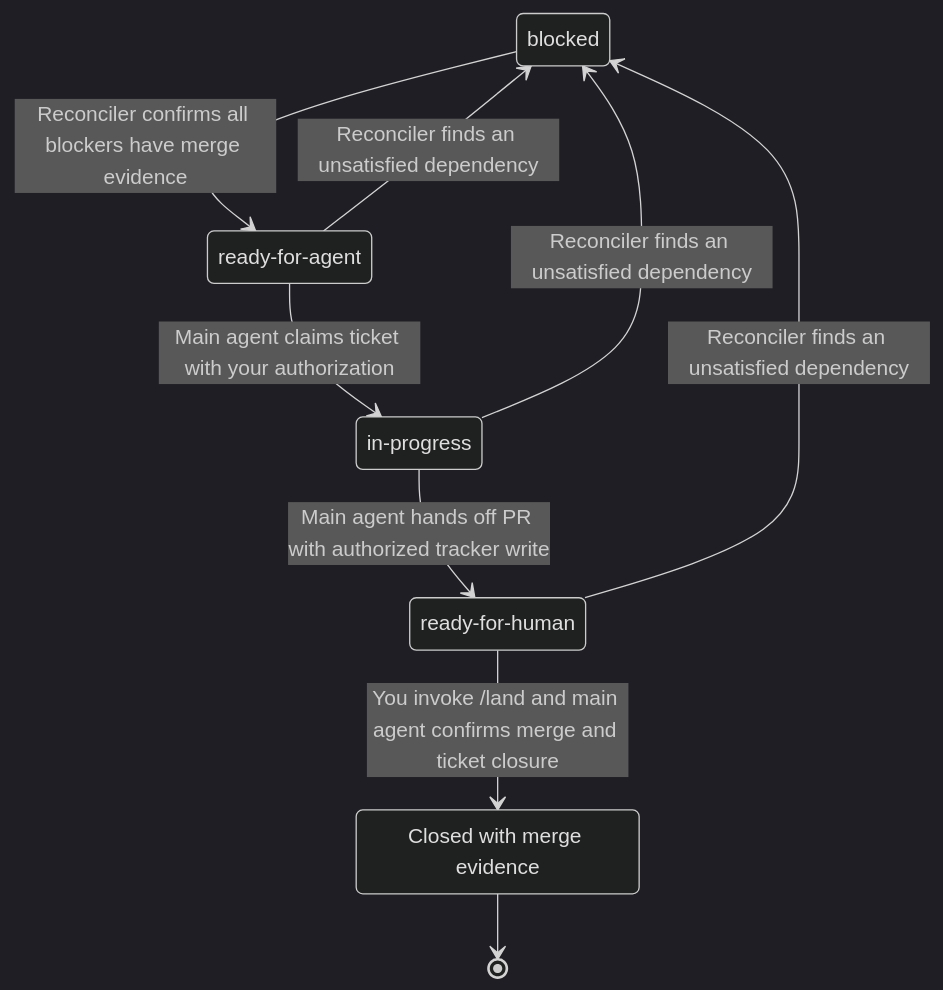
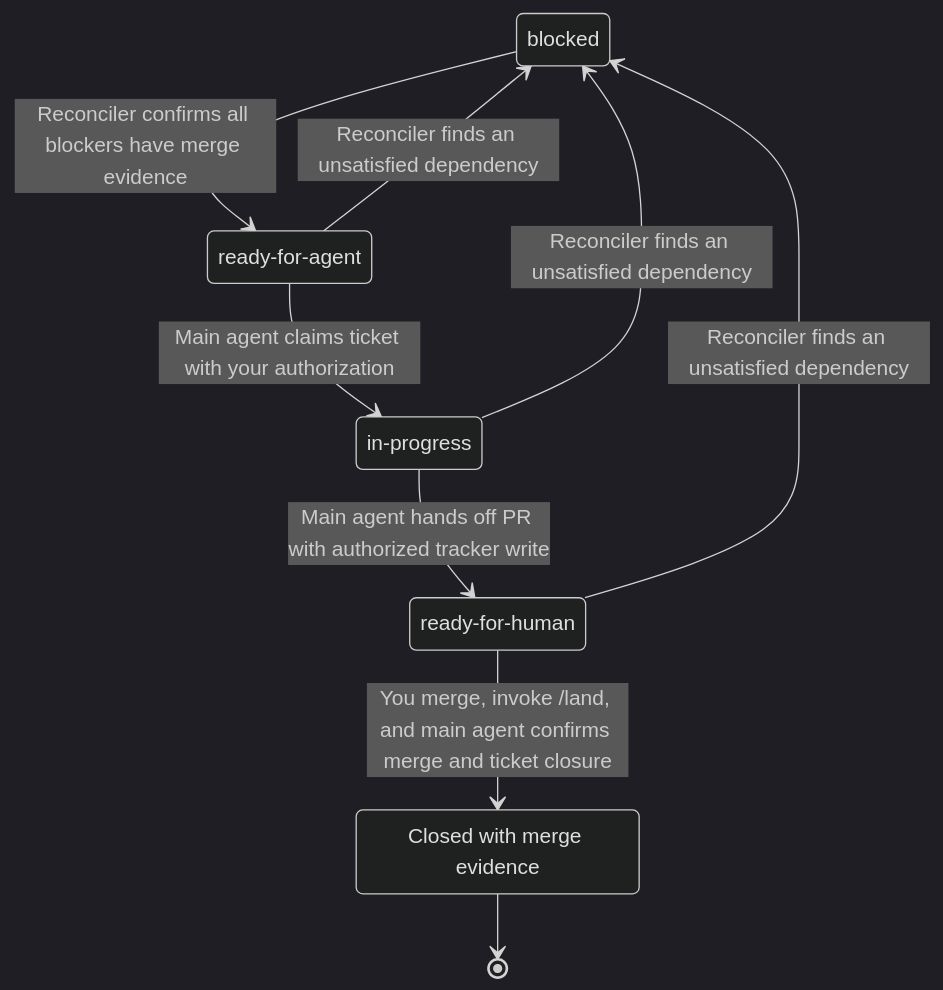
One commit to jvillegasd/harness changed the first of 2 diagrams in docs/workflow.md. Above: the diagram before and after it, drawn with Mermaid (dark theme). The commit also changed other lines of this file and 69 other files, not shown here.

````diff
--- a/docs/workflow.md
+++ b/docs/workflow.md
@@ -68,17 +68,17 @@
 ```mermaid
 stateDiagram-v2
     state "blocked" as Blocked
     state "ready-for-agent" as Ready
     state "in-progress" as Active
     state "ready-for-human" as Handoff
     state "Closed with merge evidence" as Closed
 
     Blocked --> Ready: Reconciler confirms all blockers have merge evidence
     Ready --> Active: Main agent claims ticket with your authorization
     Active --> Handoff: Main agent hands off PR with authorized tracker write
-    Handoff --> Closed: You invoke /land and main agent confirms merge and ticket closure
+    Handoff --> Closed: You merge, invoke /land, and main agent confirms merge and ticket closure
     Ready --> Blocked: Reconciler finds an unsatisfied dependency
     Active --> Blocked: Reconciler finds an unsatisfied dependency
     Handoff --> Blocked: Reconciler finds an unsatisfied dependency
     Closed --> [*]
 ```
````
